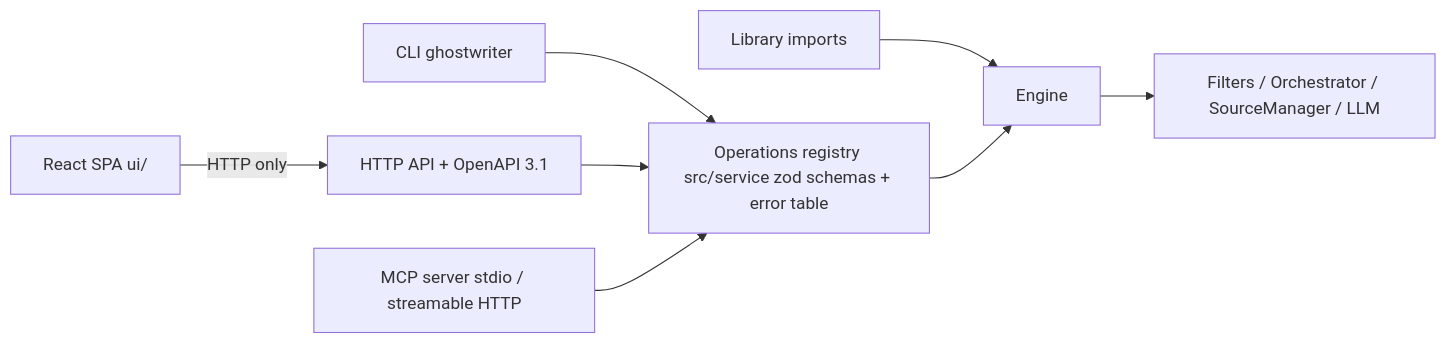
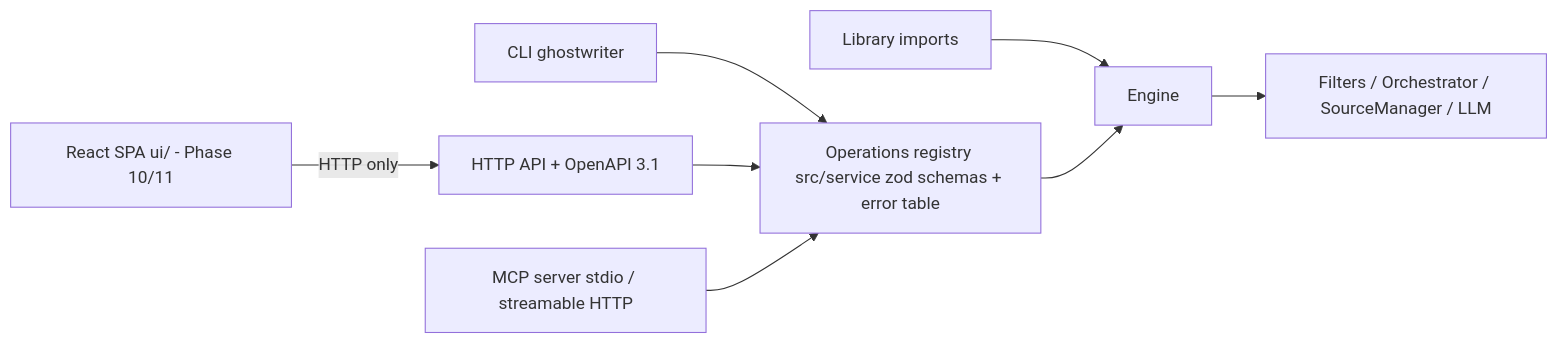
Before and after one commit to bsommers/spooky: the diagram in docs/SURFACES.md, drawn with Mermaid. The commit also changed other lines of this file and 4 other files, not shown here.

````diff
--- a/docs/SURFACES.md
+++ b/docs/SURFACES.md
@@ -5,10 +5,10 @@
 ```mermaid
 flowchart LR
   CLI[CLI ghostwriter] --> REG
   HTTP[HTTP API + OpenAPI 3.1] --> REG
   MCP[MCP server stdio / streamable HTTP] --> REG
-  UI[React SPA ui/] -->|HTTP only| HTTP
+  UI[React SPA ui/ - Phase 10/11] -->|HTTP only| HTTP
   LIB[Library imports] --> ENG
   REG[Operations registry src/service zod schemas + error table] --> ENG[Engine]
   ENG --> PIPE[Filters / Orchestrator / SourceManager / LLM]
 ```
````
